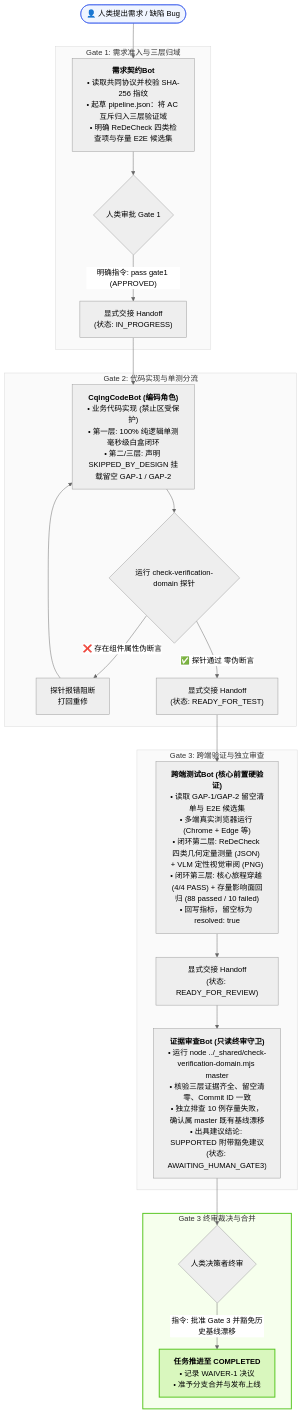
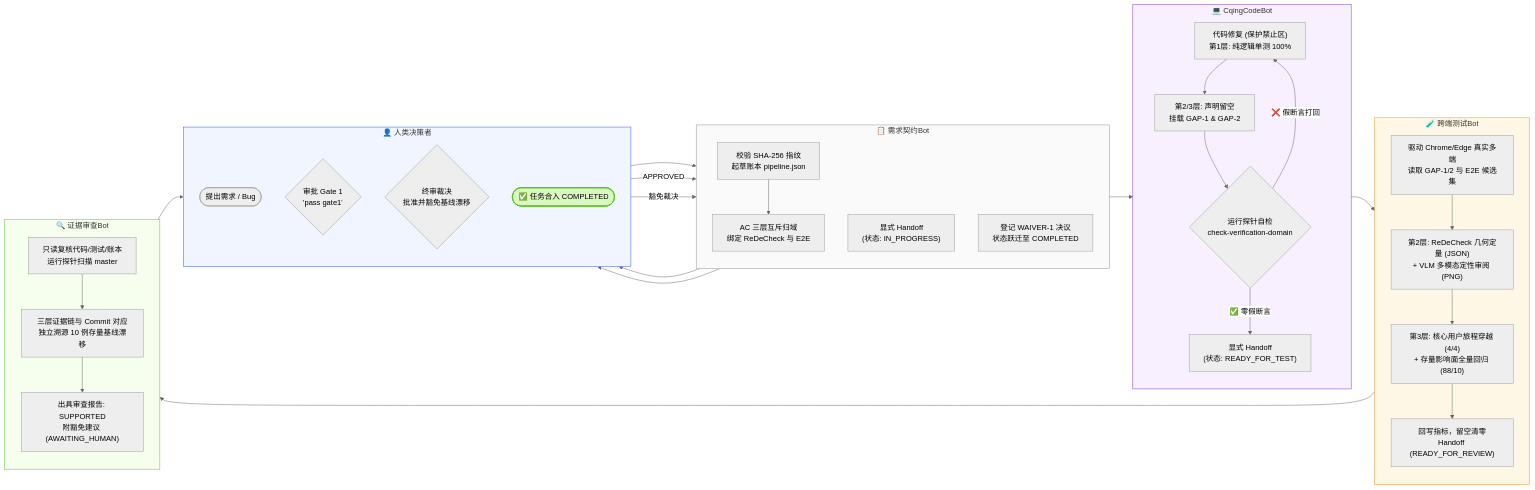
The third of 5 diagrams in _shared/研发测试小分队交付协议演进对比报告（v1.0至v1.4）.md (heycqing/orca-dev-squad), drawn with Mermaid (neutral theme) before and after one commit. The commit also changed other lines of this file, not shown here.

Commit message:
feat(docs): 升级第四节流程图为横版角色泳道流程图与跨角色交互时序图

````diff
--- a/_shared/研发测试小分队交付协议演进对比报告（v1.0至v1.4）.md
+++ b/_shared/研发测试小分队交付协议演进对比报告（v1.0至v1.4）.md
@@ -161,47 +163,56 @@
 ```mermaid
-flowchart TD
-    Start(["👤 人类提出需求 / 缺陷 Bug"]) --> Gate1
-
-    subgraph G1["Gate 1: 需求准入与三层归域"]
-        Gate1["<b>需求契约Bot</b><br/>• 读取共同协议并校验 SHA-256 指纹<br/>• 起草 pipeline.json：将 AC 互斥归入三层验证域<br/>• 明确 ReDeCheck 四类检查项与存量 E2E 候选集"]
-        Gate1Approve{"人类审批 Gate 1"}
-        Gate1 --> Gate1Approve
-        Gate1Approve -->|"明确指令: pass gate1 (APPROVED)"| Handoff1["显式交接 Handoff<br/>(状态: IN_PROGRESS)"]
+flowchart LR
+    subgraph Lane_Human["👤 人类决策者"]
+        direction TB
+        H_Start(["提出需求 / Bug"])
+        H_Gate1{"审批 Gate 1<br/>'pass gate1'"}
+        H_Gate3{"终审裁决<br/>批准并豁免基线漂移"}
+        H_Done(["✅ 任务合入 COMPLETED"])
     end
 
-    Handoff1 --> Gate2
-
-    subgraph G2["Gate 2: 代码实现与单测分流"]
-        Gate2["<b>CqingCodeBot (编码角色)</b><br/>• 业务代码实现 (禁止区受保护)<br/>• 第一层: 100% 纯逻辑单测毫秒级白盒闭环<br/>• 第二/三层: 声明 SKIPPED_BY_DESIGN 挂载留空 GAP-1 / GAP-2"]
-        ProbeCheck{"运行 check-verification-domain 探针"}
-        Gate2 --> ProbeCheck
-        ProbeCheck -->|"❌ 存在组件属性伪断言"| Gate2Fail["探针报错阻断<br/>打回重修"]
-        Gate2Fail --> Gate2
-        ProbeCheck -->|"✅ 探针通过 零伪断言"| Handoff2["显式交接 Handoff<br/>(状态: READY_FOR_TEST)"]
+    subgraph Lane_Contract["📋 需求契约Bot"]
+        direction TB
+        C_Init["校验 SHA-256 指纹<br/>起草账本 pipeline.json"]
+        C_Domain["AC 三层互斥归域<br/>绑定 ReDeCheck 与 E2E"]
+        C_Handoff1["显式 Handoff<br/>(状态: IN_PROGRESS)"]
+        C_Waiver["登记 WAIVER-1 决议<br/>状态跃迁至 COMPLETED"]
     end
 
-    Handoff2 --> Gate3Test
-
-    subgraph G3["Gate 3: 跨端验证与独立审查"]
-        Gate3Test["<b>跨端测试Bot (核心前置硬验证)</b><br/>• 读取 GAP-1/GAP-2 留空清单与 E2E 候选集<br/>• 多端真实浏览器运行 (Chrome + Edge 等)<br/>• 闭环第二层: ReDeCheck 四类几何定量测量 (JSON) + VLM 定性视觉审阅 (PNG)<br/>• 闭环第三层: 核心旅程穿越 (4/4 PASS) + 存量影响面回归 (88 passed / 10 failed)<br/>• 回写指标，留空标为 resolved: true"]
-        Handoff3["显式交接 Handoff<br/>(状态: READY_FOR_REVIEW)"]
-        Gate3Test --> Handoff3
-
-        Gate3Audit["<b>证据审查Bot (只读终审守卫)</b><br/>• 运行 node ../_shared/check-verification-domain.mjs master<br/>• 核验三层证据齐全、留空清零、Commit ID 一致<br/>• 独立排查 10 例存量失败，确认属 master 既有基线漂移<br/>• 出具建议结论: SUPPORTED 附带豁免建议<br/>(状态: AWAITING_HUMAN_GATE3)"]
-        Handoff3 --> Gate3Audit
+    subgraph Lane_Code["💻 CqingCodeBot"]
+        direction TB
+        D_Code["代码修复 (保护禁止区)<br/>第1层: 纯逻辑单测 100%"]
+        D_Gap["第2/3层: 声明留空<br/>挂载 GAP-1 & GAP-2"]
+        D_Probe{"运行探针自检<br/>check-verification-domain"}
+        D_Handoff2["显式 Handoff<br/>(状态: READY_FOR_TEST)"]
     end
 
-    Gate3Audit --> HumanDecision
-
-    subgraph Final["Gate 3 终审裁决与合并"]
-        HumanDecision{"人类决策者终审"}
-        HumanDecision -->|"指令: 批准 Gate 3 并豁免历史基线漂移"| Completed["<b>任务推进至 COMPLETED</b><br/>• 记录 WAIVER-1 决议<br/>• 准予分支合并与发布上线"]
+    subgraph Lane_Test["🧪 跨端测试Bot"]
+        direction TB
+        T_Env["驱动 Chrome/Edge 真实多端<br/>读取 GAP-1/2 与 E2E 候选集"]
+        T_Visual["第2层: ReDeCheck 几何定量 (JSON)<br/>+ VLM 多模态定性审阅 (PNG)"]
+        T_Flow["第3层: 核心用户旅程穿越 (4/4)<br/>+ 存量影响面全量回归 (88/10)"]
+        T_Handoff3["回写指标，留空清零<br/>Handoff (READY_FOR_REVIEW)"]
     end
 
-    style Start fill:#f0f5ff,stroke:#2f54eb,stroke-width:1px
-    style G1 fill:#fafafa,stroke:#d9d9d9,stroke-width:1px
-    style G2 fill:#fafafa,stroke:#d9d9d9,stroke-width:1px
-    style G3 fill:#fafafa,stroke:#d9d9d9,stroke-width:1px
-    style Final fill:#f6ffed,stroke:#52c41a,stroke-width:2px
-    style Completed fill:#d9f7be,stroke:#52c41a,stroke-width:2px
+    subgraph Lane_Review["🔍 证据审查Bot"]
+        direction TB
+        R_Audit["只读复核代码/测试/账本<br/>运行探针扫描 master"]
+        R_Trace["三层证据链与 Commit 对应<br/>独立溯源 10 例存量基线漂移"]
+        R_Result["出具审查报告: SUPPORTED<br/>附豁免建议 (AWAITING_HUMAN)"]
+    end
+
+    %% 横向跨角色流转链路
+    H_Start --> C_Init --> C_Domain --> H_Gate1
+    H_Gate1 -->|"APPROVED"| C_Handoff1 --> D_Code --> D_Gap --> D_Probe
+    D_Probe -->|"❌ 假断言打回"| D_Code
+    D_Probe -->|"✅ 零假断言"| D_Handoff2 --> T_Env --> T_Visual --> T_Flow --> T_Handoff3
+    T_Handoff3 --> R_Audit --> R_Trace --> R_Result --> H_Gate3
+    H_Gate3 -->|"豁免裁决"| C_Waiver --> H_Done
+
+    style Lane_Human fill:#f0f5ff,stroke:#2f54eb,stroke-width:1px
+    style Lane_Contract fill:#fafafa,stroke:#8c8c8c,stroke-width:1px
+    style Lane_Code fill:#f9f0ff,stroke:#722ed1,stroke-width:1px
+    style Lane_Test fill:#fff7e6,stroke:#fa8c16,stroke-width:1px
+    style Lane_Review fill:#f6ffed,stroke:#52c41a,stroke-width:1px
+    style H_Done fill:#d9f7be,stroke:#52c41a,stroke-width:2px
 ```
````
